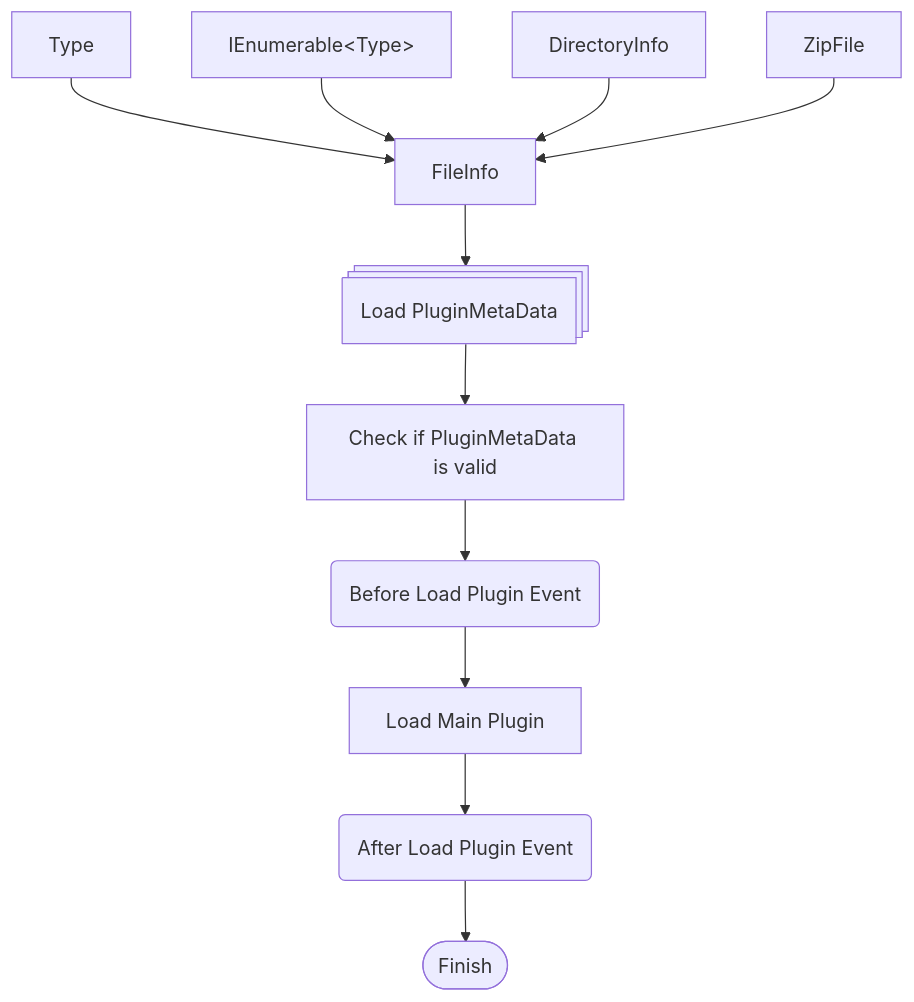
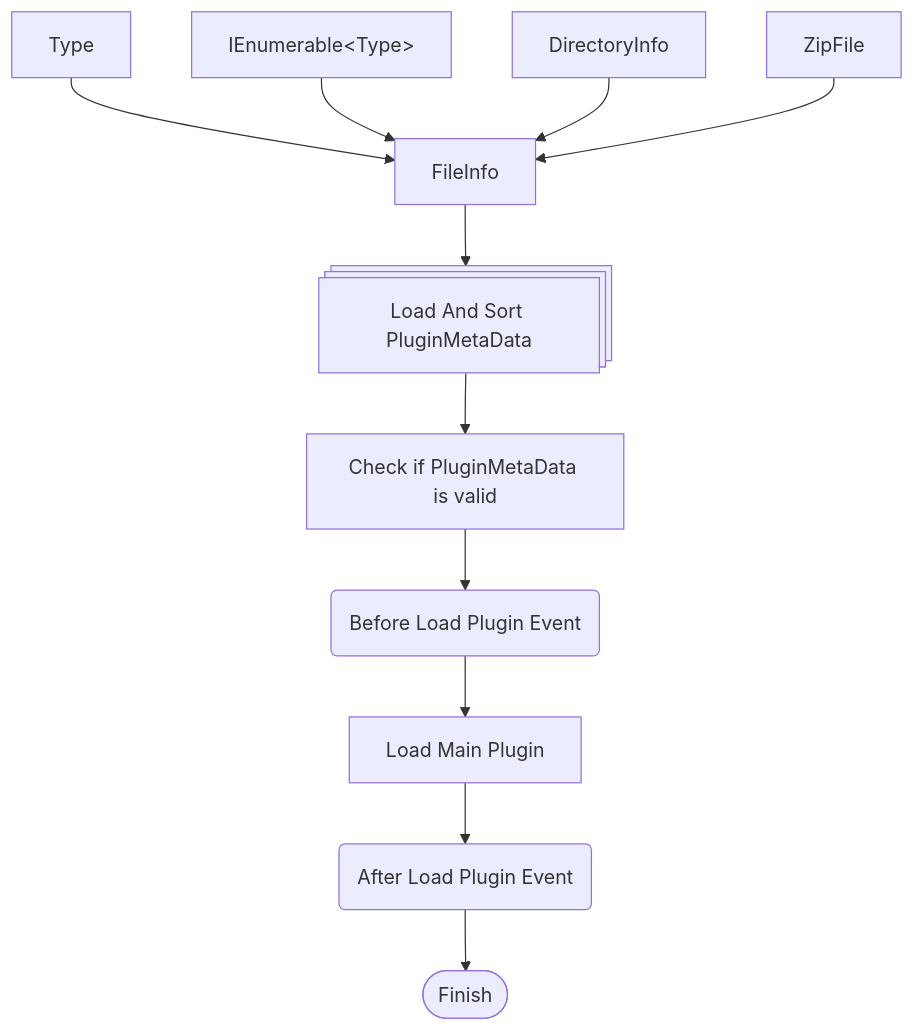
One commit to kitUIN/ShadowPluginLoader.WinUI changed the first of 2 diagrams in README.md. Above: the diagram before and after it, drawn with Mermaid.

````diff
--- a/README.md
+++ b/README.md
@@ -46,13 +46,13 @@
 ```mermaid
 graph TD;
     B[Type]-->A;
     O[IEnumerable&lt;Type&gt;]-->A;
     C[DirectoryInfo]-->A;
     P[ZipFile]-->A;
-    A[FileInfo]-->D@{ shape: procs, label: "Load PluginMetaData"};
+    A[FileInfo]-->D@{ shape: procs, label: "Load And Sort PluginMetaData"};
     D-->E[Check if PluginMetaData is valid];
     E-->F@{ shape: rounded, label: "Before Load Plugin Event" };
     F-->G[Load Main Plugin];
     G-->H@{ shape: rounded, label: "After Load Plugin Event" };
     H-->I@{ shape: stadium, label: "Finish" };
 ```
````
